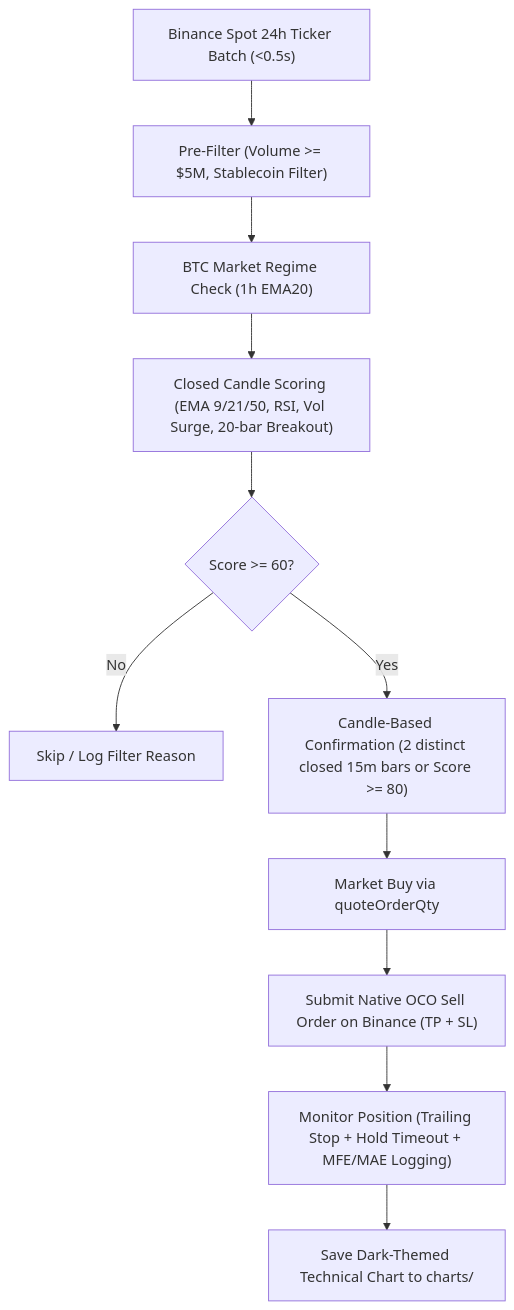
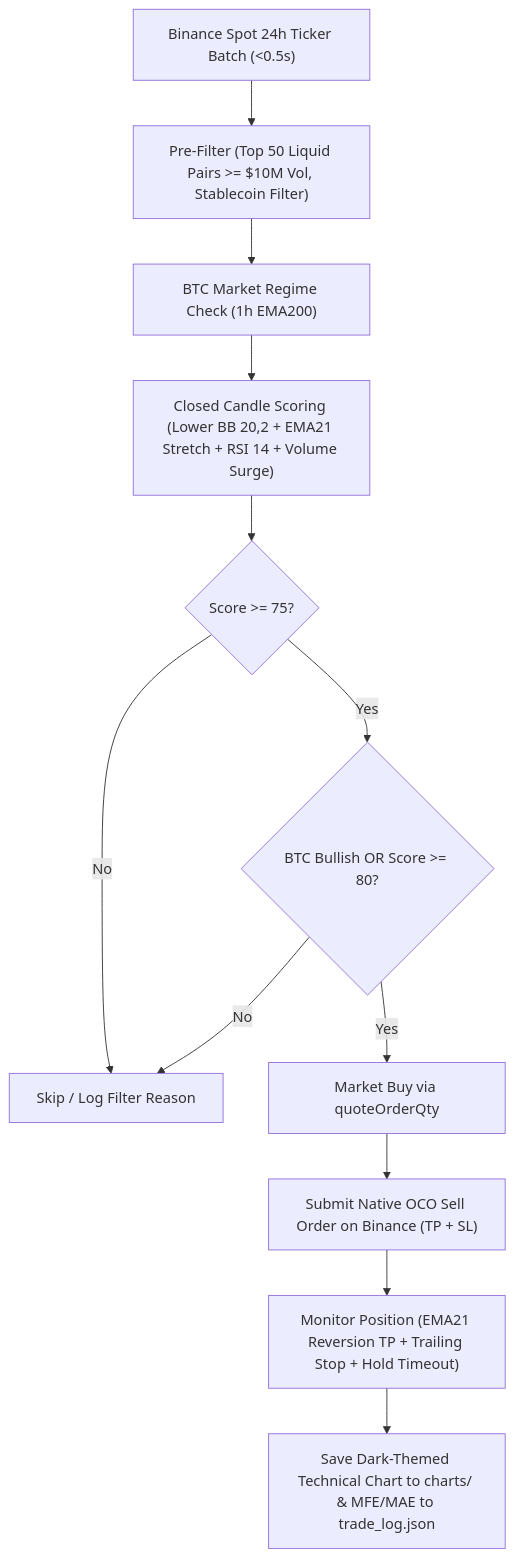
Before and after one commit to lrk37/CryptoBot: the diagram in README.md, drawn with Mermaid. The commit also changed other lines of this file and 1 other file, not shown here.

Commit message:
Break scanner score ties by stretch-to-ATR ratio and volume surge, update README

````diff
--- a/README.md
+++ b/README.md
@@ -20,13 +21,14 @@
 ```mermaid
 flowchart TD
-    A["Binance Spot 24h Ticker Batch (<0.5s)"] --> B["Pre-Filter (Volume >= $5M, Stablecoin Filter)"]
-    B --> C["BTC Market Regime Check (1h EMA20)"]
-    C --> D["Closed Candle Scoring (EMA 9/21/50, RSI, Vol Surge, 20-bar Breakout)"]
-    D --> E{"Score >= 60?"}
+    A["Binance Spot 24h Ticker Batch (<0.5s)"] --> B["Pre-Filter (Top 50 Liquid Pairs >= $10M Vol, Stablecoin Filter)"]
+    B --> C["BTC Market Regime Check (1h EMA200)"]
+    C --> D["Closed Candle Scoring (Lower BB 20,2 + EMA21 Stretch + RSI 14 + Volume Surge)"]
+    D --> E{"Score >= 75?"}
     E -- No --> F["Skip / Log Filter Reason"]
-    E -- Yes --> G["Candle-Based Confirmation (2 distinct closed 15m bars or Score >= 80)"]
-    G --> H["Market Buy via quoteOrderQty"]
+    E -- Yes --> G{"BTC Bullish OR Score >= 80?"}
+    G -- No --> F
+    G -- Yes --> H["Market Buy via quoteOrderQty"]
     H --> I["Submit Native OCO Sell Order on Binance (TP + SL)"]
-    I --> J["Monitor Position (Trailing Stop + Hold Timeout + MFE/MAE Logging)"]
-    J --> K["Save Dark-Themed Technical Chart to charts/"]
+    I --> J["Monitor Position (EMA21 Reversion TP + Trailing Stop + Hold Timeout)"]
+    J --> K["Save Dark-Themed Technical Chart to charts/ & MFE/MAE to trade_log.json"]
 ```
````
